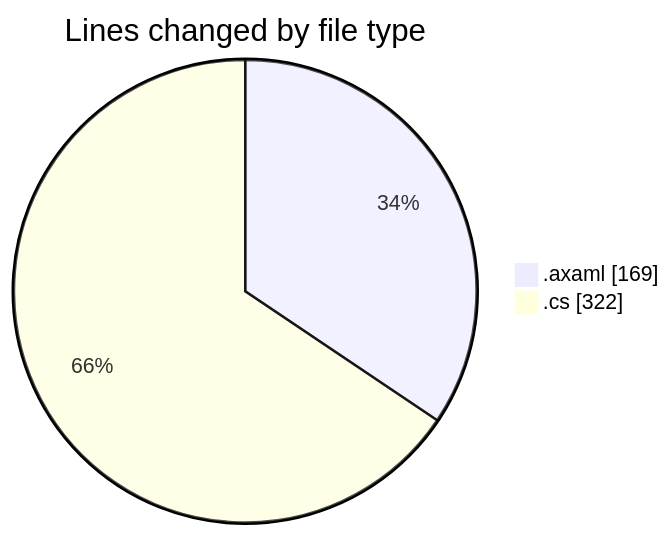
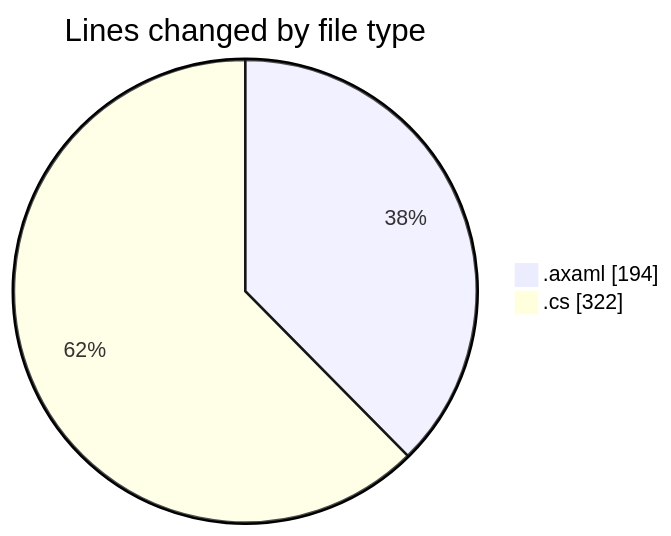
The first of 2 diagrams in 2025-10-30/skintrack/README.md (Netris89/code-tracking), drawn with Mermaid before and after one commit. The commit also changed other lines of this file and 1 other file, not shown here.

````diff
--- a/2025-10-30/skintrack/README.md
+++ b/2025-10-30/skintrack/README.md
@@ -27,6 +28,6 @@
 ```mermaid
 pie showData
 title Lines changed by file type
-".axaml" : 169
+".axaml" : 194
 ".cs" : 322
 ```
````
